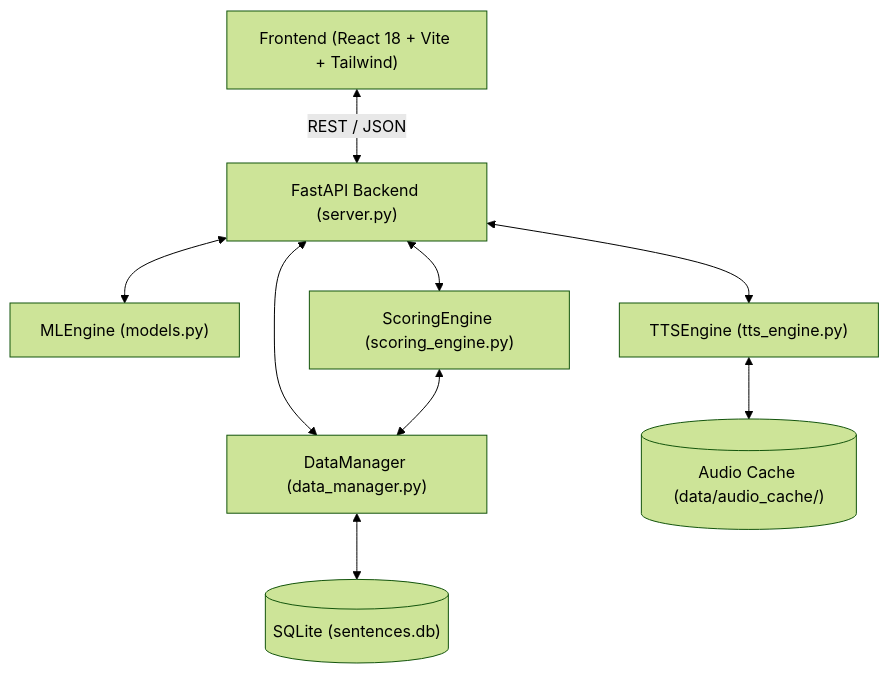
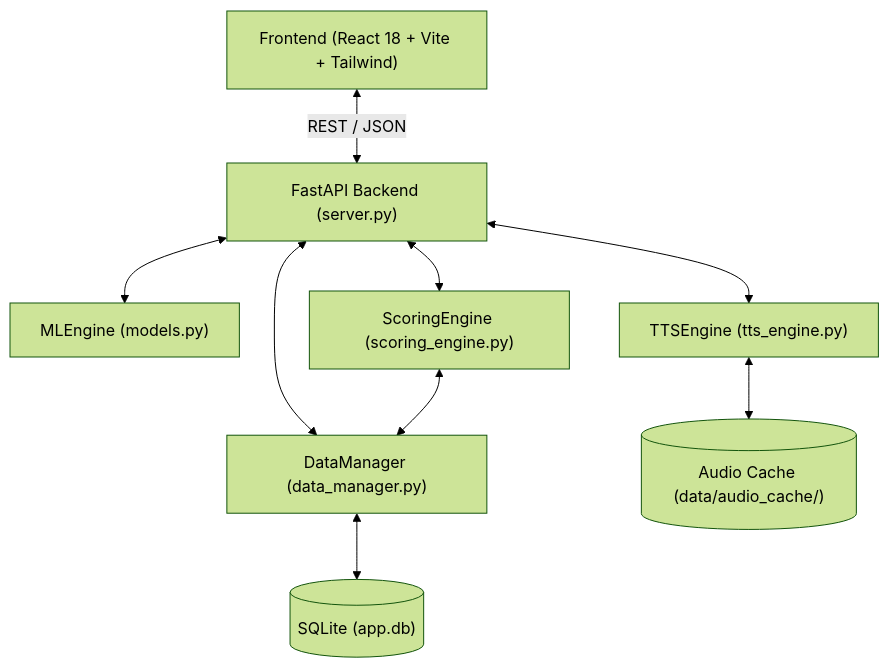
The diagram in docs/System Overview.md (eyengabompongo8/deep-tutor), drawn with Mermaid (forest theme) before and after one commit. The commit also changed other lines of this file and 12 other files, not shown here.

Commit message:
Migrated sentences.db to app.db

````diff
--- a/docs/System Overview.md
+++ b/docs/System Overview.md
@@ -5,11 +5,11 @@
 ```mermaid
 graph TD
     Client["Frontend (React 18 + Vite + Tailwind)"] <-->|REST / JSON| API["FastAPI Backend (server.py)"]
     API <--> DM["DataManager (data_manager.py)"]
-    DM <--> DB[("SQLite (sentences.db)")]
+    DM <--> DB[("SQLite (app.db)")]
     API <--> ML["MLEngine (models.py)"]
     API <--> SE["ScoringEngine (scoring_engine.py)"]
     API <--> TTS["TTSEngine (tts_engine.py)"]
     TTS <--> AC[("Audio Cache (data/audio_cache/)")]
     SE <--> DM
 ```
````
